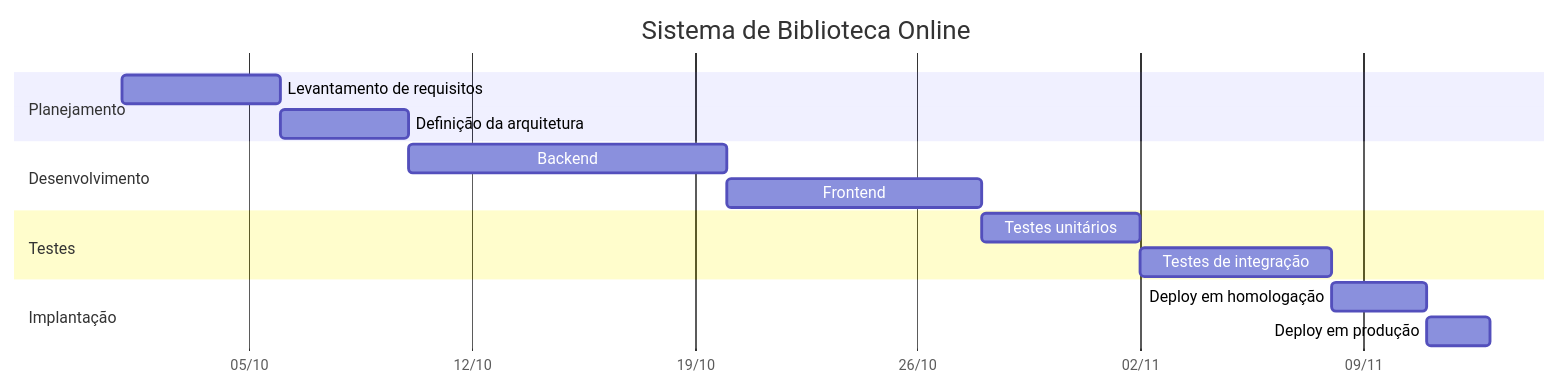
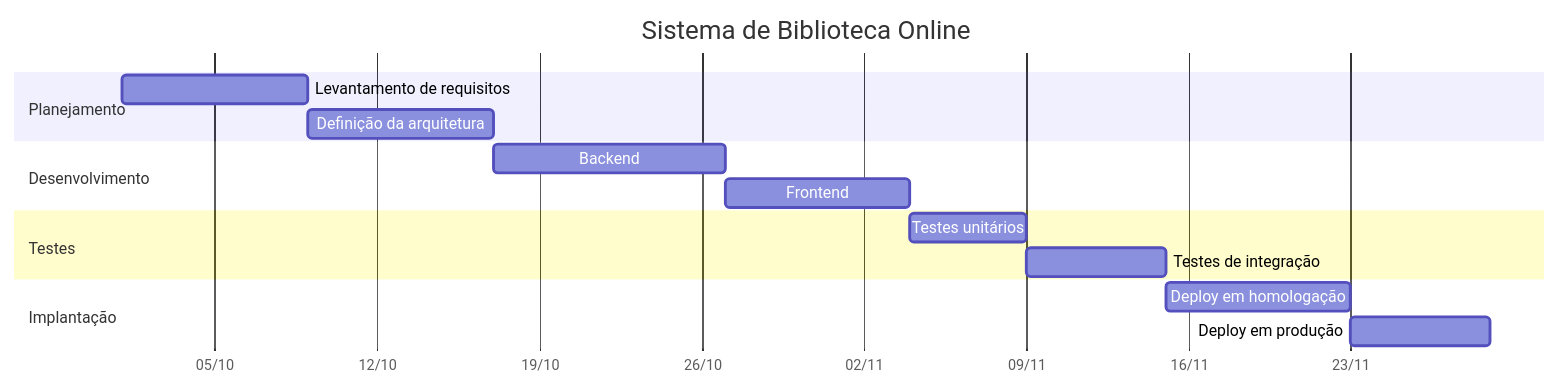
Before and after one commit to ViniSouzaCosta/Gantt-Sistema_de_Biblioteca_Online: the diagram in README.md, drawn with Mermaid.

````diff
--- a/README.md
+++ b/README.md
@@ -1,26 +1,26 @@
 ```mermaid
 gantt
     title Sistema de Biblioteca Online
     dateFormat  YYYY-MM-DD
     axisFormat  %d/%m
 
     section Planejamento
-    Levantamento de requisitos  :a1, 2025-10-01, 5d
-    Definição da arquitetura    :a2, after a1, 4d
+    Levantamento de requisitos  :a1, 2025-10-01, 8d
+    Definição da arquitetura    :a2, after a1, 8d
 
     section Desenvolvimento
     Backend                     :b1, after a2, 10d
     Frontend                    :b2, after b1, 8d
 
     section Testes
     Testes unitários            :c1, after b2, 5d
     Testes de integração        :c2, after c1, 6d
 
     section Implantação
-    Deploy em homologação       :d1, after c2, 3d
-    Deploy em produção          :d2, after d1, 2d
+    Deploy em homologação       :d1, after c2, 8d
+    Deploy em produção          :d2, after d1, 6d
 
 
 
 
 ```
````
